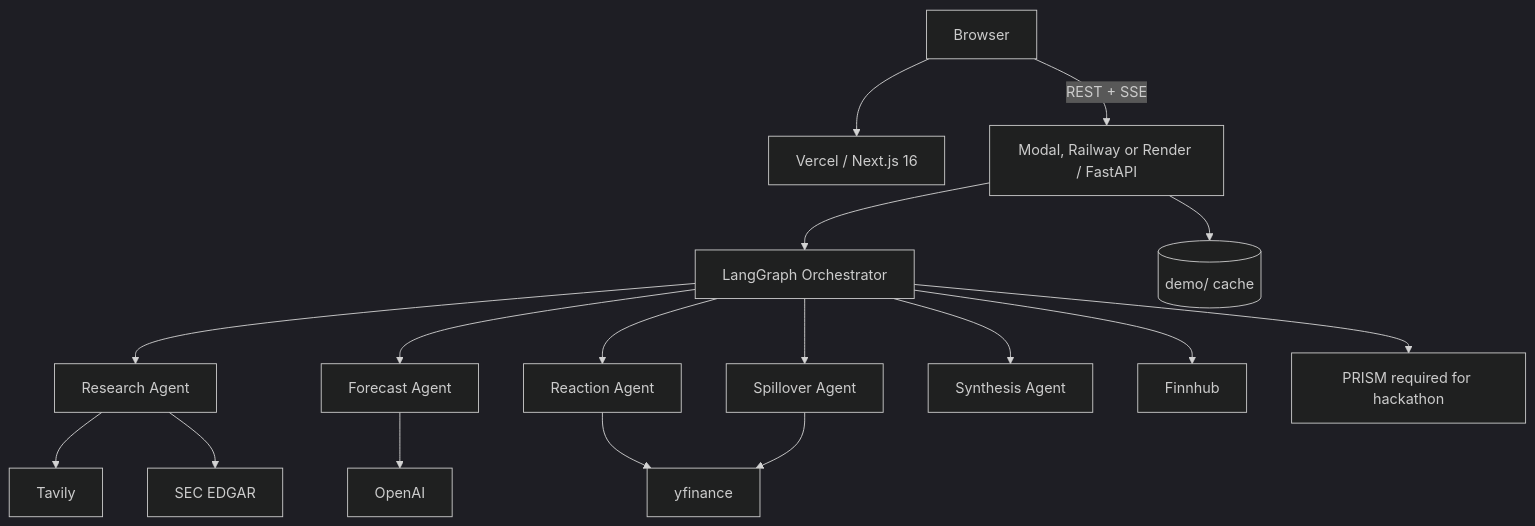
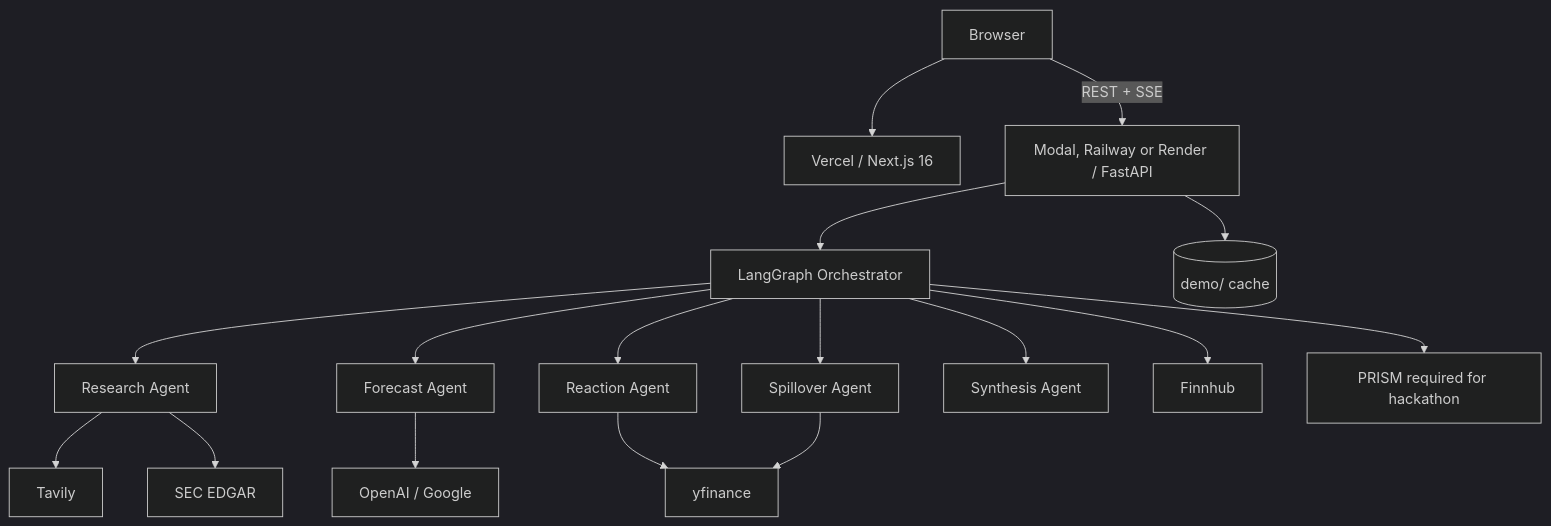
The diagram in docs/DEPLOYMENT.md (omkargadute/EarningsPulse), drawn with Mermaid (dark theme) before and after one commit. The commit also changed other lines of this file and 7 other files, not shown here.

````diff
--- a/docs/DEPLOYMENT.md
+++ b/docs/DEPLOYMENT.md
@@ -37,19 +48,19 @@
 ```mermaid
 flowchart TB
   User[Browser] --> Vercel[Vercel / Next.js 16]
   User -->|REST + SSE| API[Modal, Railway or Render / FastAPI]
   API --> Orchestrator[LangGraph Orchestrator]
   Orchestrator --> Research[Research Agent]
   Orchestrator --> Forecast[Forecast Agent]
   Orchestrator --> Reaction[Reaction Agent]
   Orchestrator --> Spillover[Spillover Agent]
   Orchestrator --> Synthesis[Synthesis Agent]
   Research --> Tavily[Tavily]
   Research --> EDGAR[SEC EDGAR]
-  Forecast --> OpenAI[OpenAI]
+  Forecast --> OpenAI[OpenAI / Google]
   Reaction --> YF[yfinance]
   Spillover --> YF
   Orchestrator --> Finnhub[Finnhub]
   Orchestrator --> PRISM[PRISM required for hackathon]
   API --> DemoCache[(demo/ cache)]
 ```
````
